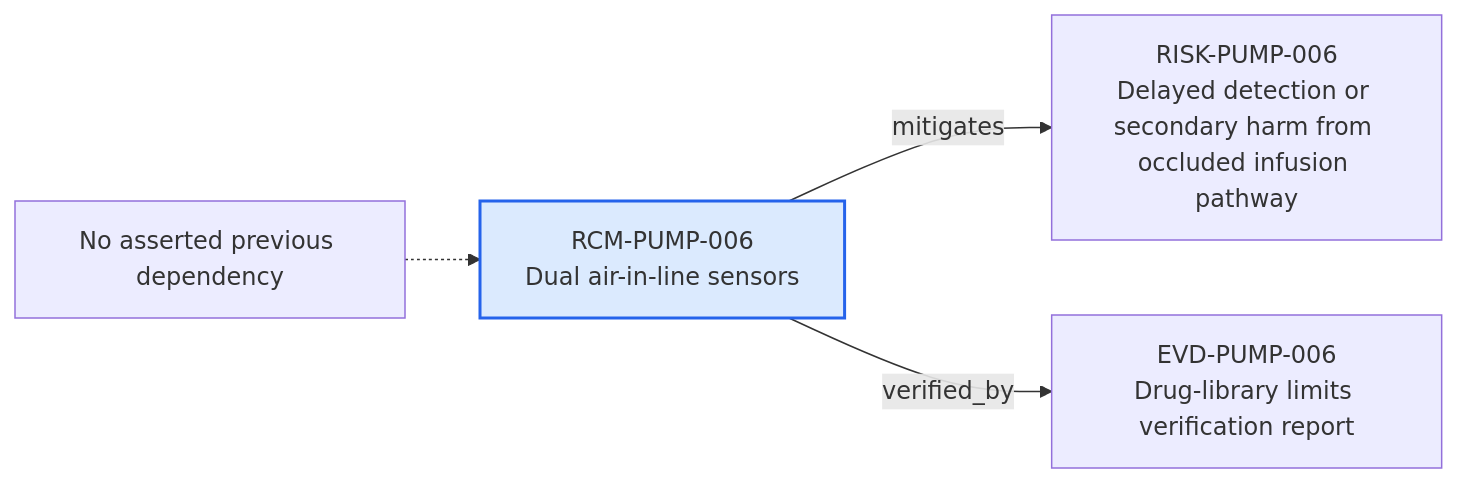
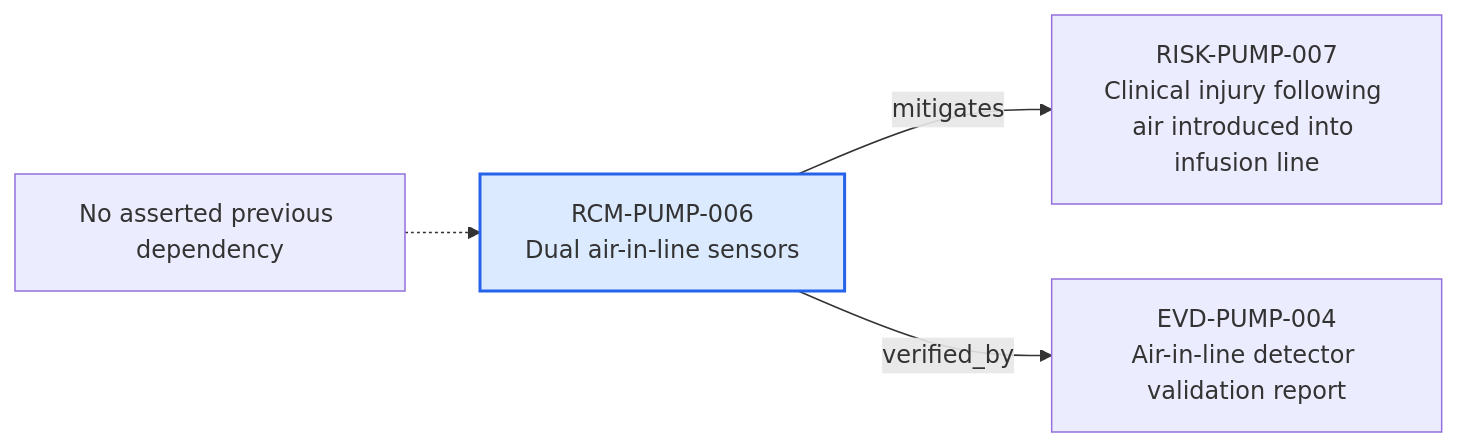
Before and after one commit to mvattulainen/mdrontology: the diagram in content/06-Infpump FlowGuard ontology notes/risk-control-measure/RCM-PUMP-006-dual-air-in-line-sensors.md, drawn with Mermaid. The commit also changed other lines of this file and 321 other files, not shown here.

Commit message:
Implement Mermaid ontology audit findings

````diff
--- a/content/06-Infpump FlowGuard ontology notes/risk-control-measure/RCM-PUMP-006-dual-air-in-line-sensors.md
+++ b/content/06-Infpump FlowGuard ontology notes/risk-control-measure/RCM-PUMP-006-dual-air-in-line-sensors.md
@@ -75,12 +77,12 @@
 ```mermaid
 flowchart LR
   CURRENT["RCM-PUMP-006<br/>Dual air-in-line sensors"]
   PREV_NONE["No asserted previous dependency"]
   PREV_NONE -.-> CURRENT
-  NEXT0["RISK-PUMP-006<br/>Delayed detection or secondary harm from occluded infusion pathway"]
+  NEXT0["RISK-PUMP-007<br/>Clinical injury following air introduced into infusion line"]
   CURRENT -->|"mitigates"| NEXT0
-  NEXT1["EVD-PUMP-006<br/>Drug-library limits verification report"]
+  NEXT1["EVD-PUMP-004<br/>Air-in-line detector validation report"]
   CURRENT -->|"verified_by"| NEXT1
   classDef current fill:#dbeafe,stroke:#2563eb,stroke-width:2px
   class CURRENT current
 ```
````
